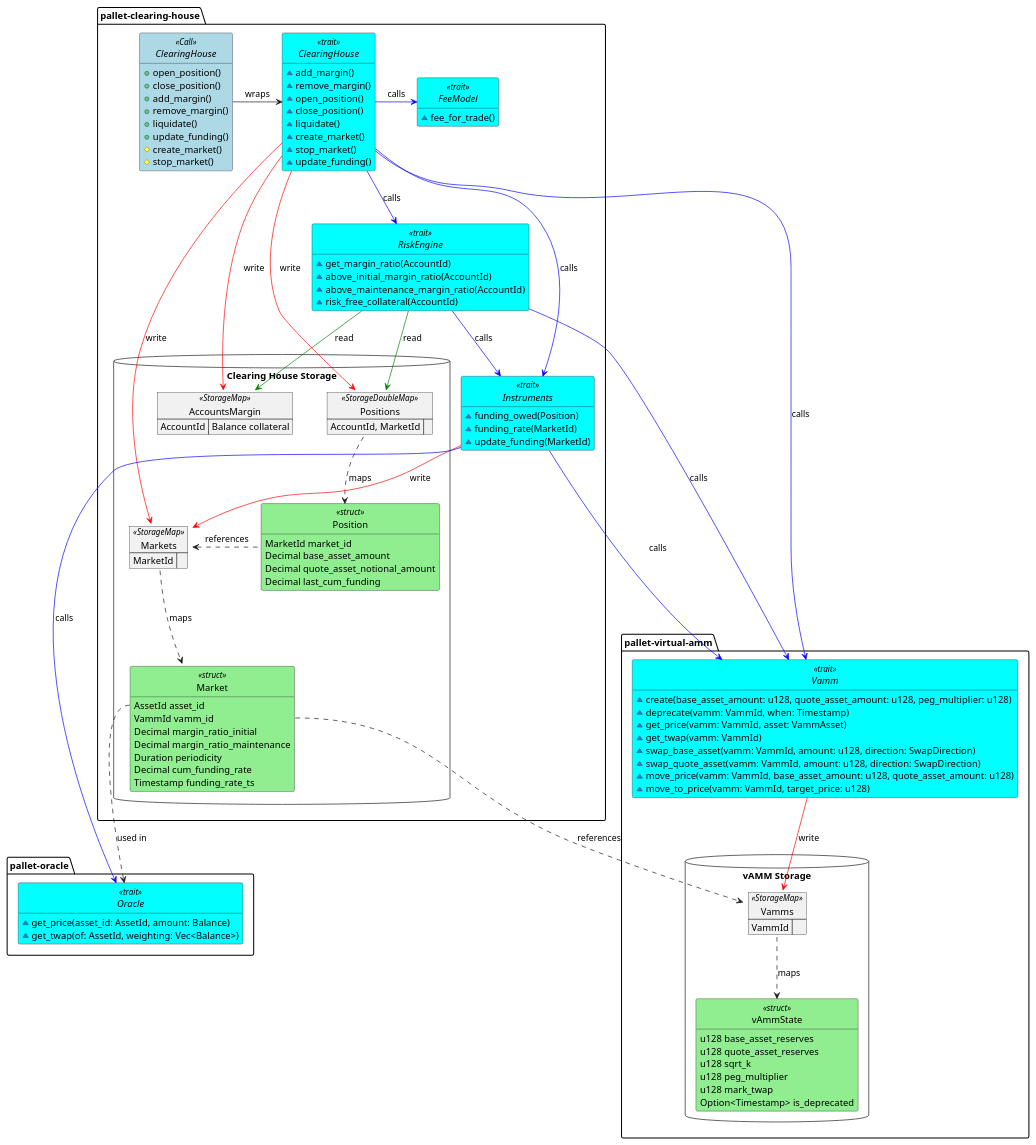
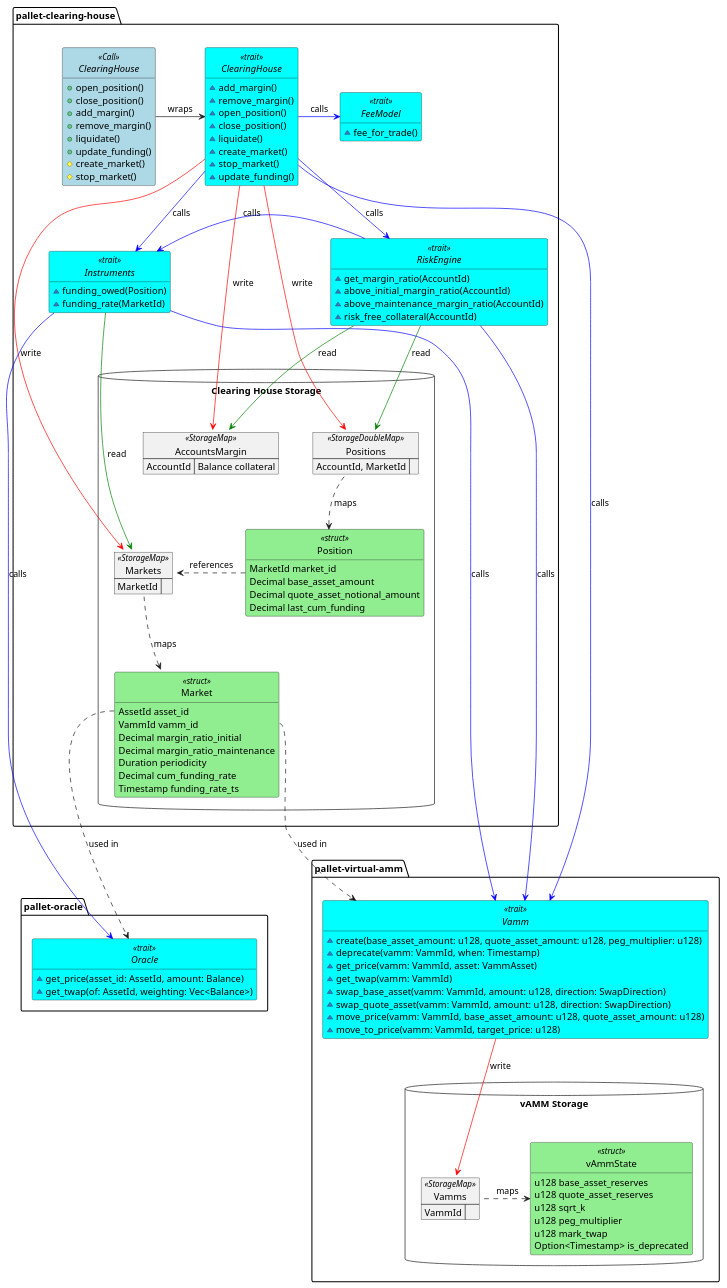
Before and after one commit to ComposableFi/composable: the diagram in frame/clearing-house/diagrams/clearing-house.plantuml, drawn with PlantUML. The commit also changed 1 other file, not shown here.

Commit message:
docs(CH): update diagrams
* Remove `update_funding` and write access from Instruments trait
* Remove Instruments from `create_market`

```diff
--- a/frame/clearing-house/diagrams/clearing-house.plantuml
+++ b/frame/clearing-house/diagrams/clearing-house.plantuml
@@ -1,173 +1,172 @@
 @startuml clearing-house
 
 <style>
 .struct {
     BackgroundColor LightGreen
 }
 .Call {
     BackgroundColor LightBlue
 }
 .trait {
     BackgroundColor Cyan
 }
 </style>
 
 package "pallet-clearing-house" {
     interface ClearingHouse <<Call>> {
         + open_position()
         + close_position()
         + add_margin()
         + remove_margin()
         + liquidate()
         + update_funding()
         # create_market()
         # stop_market()
     }
 
     interface "ClearingHouse" as CH <<trait>> {
         ~ add_margin()
         ~ remove_margin()
         ~ open_position()
         ~ close_position()
         ~ liquidate()
         ~ create_market()
         ~ stop_market()
         ~ update_funding()
     }
     
     interface "RiskEngine" as RETrait <<trait>> {
         ~ get_margin_ratio(AccountId)
         ~ above_initial_margin_ratio(AccountId)
         ~ above_maintenance_margin_ratio(AccountId)
         ~ risk_free_collateral(AccountId)
         '~ get_free_collateral()
     }
     
     interface "Instruments" as ITrait <<trait>> {
         ~ funding_owed(Position)
         ~ funding_rate(MarketId)
-        ~ update_funding(MarketId)
     }
 
     interface "FeeModel" as FTrait <<trait>> {
         ~ fee_for_trade()
     }
 
     database "Clearing House Storage" {
         map "AccountsMargin" as MarginAccounts <<StorageMap>> {
             AccountId => Balance collateral
         }
 
         map Positions <<StorageDoubleMap>> {
             AccountId, MarketId =>
         }
 
         map Markets <<StorageMap>> {
             MarketId =>
         }
 
         class Position <<struct>> {
             MarketId market_id
             Decimal base_asset_amount
             Decimal quote_asset_notional_amount
             Decimal last_cum_funding
         }
 
         class Market <<struct>> {
             AssetId asset_id
             VammId vamm_id
             Decimal margin_ratio_initial
             Decimal margin_ratio_maintenance
             Duration periodicity
             Decimal cum_funding_rate
             Timestamp funding_rate_ts
         }
     }
 }
 
 package "pallet-virtual-amm" {
     interface "Vamm" as vAmm <<trait>> {
         ~ create(base_asset_amount: u128, quote_asset_amount: u128, peg_multiplier: u128)
         ~ deprecate(vamm: VammId, when: Timestamp)
         ~ get_price(vamm: VammId, asset: VammAsset)
         ~ get_twap(vamm: VammId)
         ~ swap_base_asset(vamm: VammId, amount: u128, direction: SwapDirection)
         ~ swap_quote_asset(vamm: VammId, amount: u128, direction: SwapDirection)
         ~ move_price(vamm: VammId, base_asset_amount: u128, quote_asset_amount: u128)
         ~ move_to_price(vamm: VammId, target_price: u128)
     }
     database "vAMM Storage" {
         map "Vamms" as vAmms <<StorageMap>> {
             VammId =>
         }
         class vAmmState <<struct>> {
             u128 base_asset_reserves
             u128 quote_asset_reserves
             u128 sqrt_k
             u128 peg_multiplier
             u128 mark_twap
             Option<Timestamp> is_deprecated
         }
     }
 }
 
 package "pallet-oracle" {
     interface Oracle <<trait>> {
         ~get_price(asset_id: AssetId, amount: Balance)
         ~get_twap(of: AssetId, weighting: Vec<Balance>)
     }
 }
 
 hide empty members
 hide circle
 
 '================== Storage relationships
 Markets ..down> Market : maps
-Market::vamm_id ..> vAmms : references
+Market::vamm_id ..> vAmm : used in
 Market::asset_id ..> Oracle : used in
 
 Positions ..down> Position: maps
-Position ..left> Markets : references
+Position ..right> Markets : references
 
 '================== Control flow relationships             
 ClearingHouse -> CH : wraps
 
 CH -[#blue]-> ITrait : calls
 
 'add_margin
 'remove_margin
 CH -[#red]-> MarginAccounts : write
 
 'create_market
 'stop_market
 CH -[#red]-> Markets : write
 
 'remove_margin
 CH -[#blue]-> RETrait : calls
 
 'open_position
 'close_position
 'liquidate
 CH -[#red]-> Positions : write
 CH -[#blue]right> FTrait : calls
 
 'open_position
 'close_position
 CH -[#blue]-> vAmm : calls
 
 'update_funding
-ITrait -[#red]-> Markets : write
+ITrait -[#green]-> Markets : read
 ITrait -[#blue]-> Oracle : calls
 ITrait -[#blue]-> vAmm : calls
 
 'get_margin_ratio
 RETrait -[#green]-> MarginAccounts : read
 RETrait -[#green]-> Positions : read
-RETrait -[#blue]-> ITrait : calls
+RETrait -left[#blue]> ITrait : calls
 RETrait -[#blue]-> vAmm : calls
 
 'vAMM
-vAmm -[#red]-> vAmms : write
-vAmms ..> vAmmState : maps
+vAmm -down[#red]-> vAmms : write
+vAmms ..right> vAmmState : maps
 
 @enduml
```
